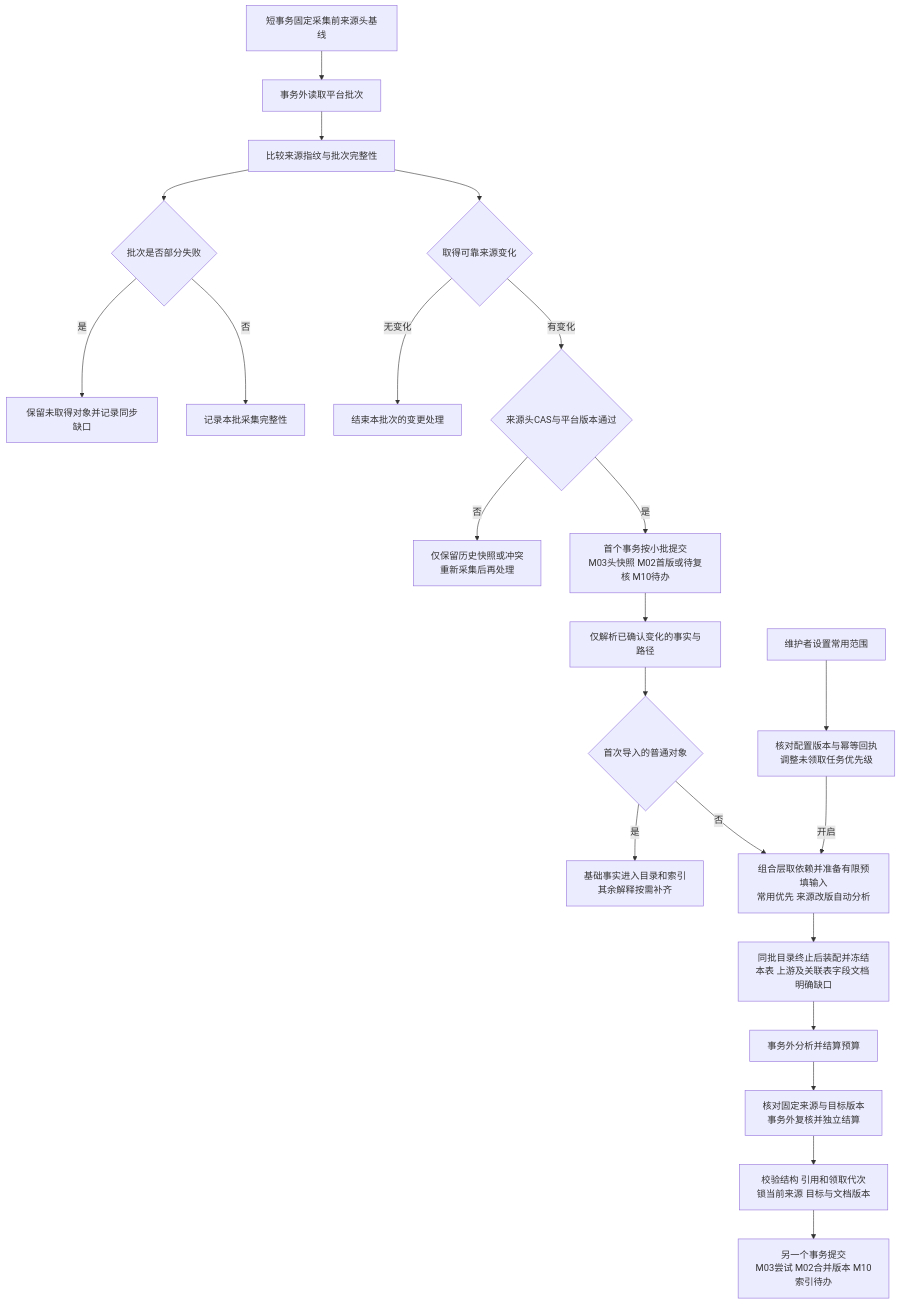
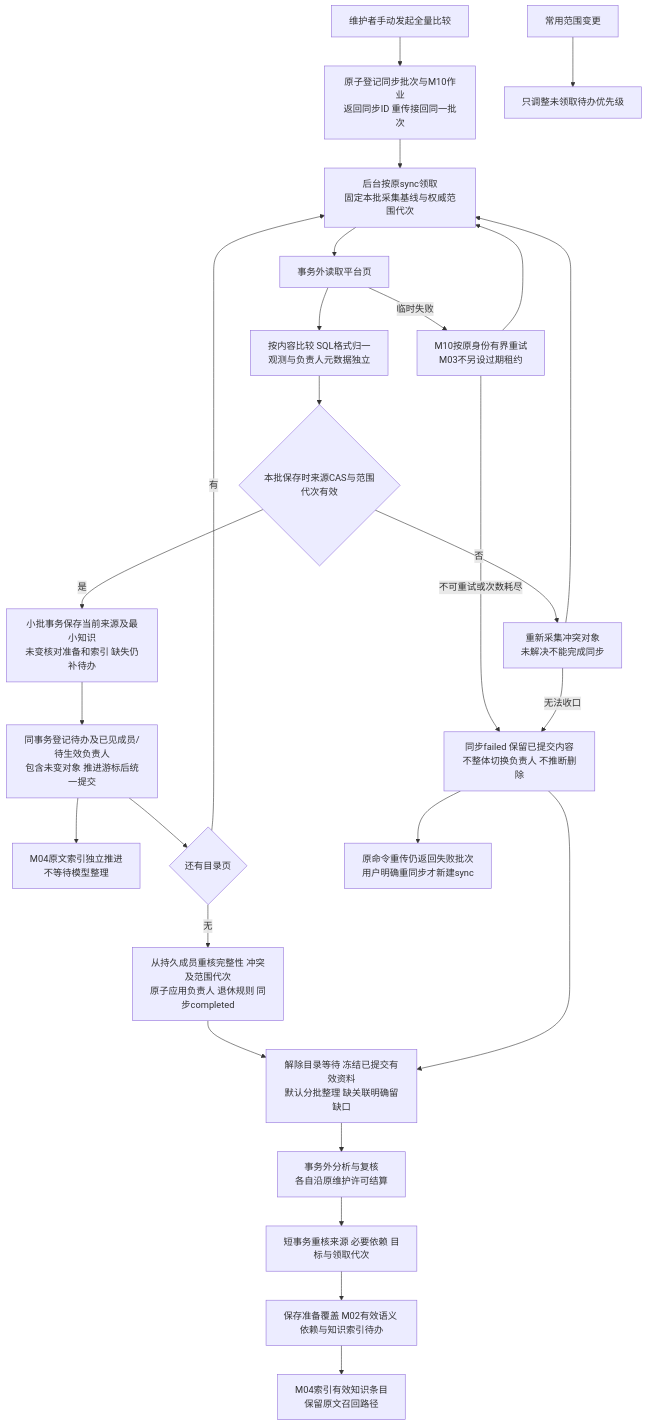
The sixth of 11 diagrams in docs/architecture/knowledge-modules.md (yaoziyaoguai/data_agent), drawn with Mermaid before and after one commit. The commit also changed other lines of this file and 55 other files, not shown here.

````diff
--- a/docs/architecture/knowledge-modules.md
+++ b/docs/architecture/knowledge-modules.md
@@ -302,24 +311,27 @@
 ```mermaid
 flowchart TD
-    R[短事务固定采集前来源头基线] --> A[事务外读取平台批次]
-    A --> B[比较来源指纹与批次完整性]
-    B --> C{取得可靠来源变化}
-    B --> D{批次是否部分失败}
-    D -->|是| X[保留未取得对象并记录同步缺口]
-    D -->|否| Y[记录本批采集完整性]
-    C -->|无变化| Z[结束本批次的变更处理]
-    C -->|有变化| V{来源头CAS与平台版本通过}
-    V -->|否| W[仅保留历史快照或冲突<br/>重新采集后再处理]
-    V -->|是| T[首个事务按小批提交<br/>M03头快照 M02首版或待复核 M10待办]
-    T --> E[仅解析已确认变化的事实与路径]
-    E --> First{首次导入的普通对象}
-    First -->|是| Basic[基础事实进入目录和索引<br/>其余解释按需补齐]
-    First -->|否| F[组合层取依赖并准备有限预填输入<br/>常用优先 来源改版自动分析]
-    Preference[维护者设置常用范围] --> Priority[核对配置版本与幂等回执<br/>调整未领取任务优先级]
-    Priority -->|开启| F
-    F --> Material[同批目录终止后装配并冻结<br/>本表 上游及关联表字段文档 明确缺口]
-    Material --> G[事务外分析并结算预算]
-    G --> Review[核对固定来源与目标版本<br/>事务外复核并独立结算]
-    Review --> H[校验结构 引用和领取代次<br/>锁当前来源 目标与文档版本]
-    H --> I[另一个事务提交<br/>M03尝试 M02合并版本 M10索引待办]
+    Start[维护者手动发起全量比较] --> Queued[原子登记同步批次与M10作业<br/>返回同步ID 重传接回同一批次]
+    Queued --> R[后台按原sync领取<br/>固定本批采集基线与权威范围代次]
+    R --> A[事务外读取平台页]
+    A -->|临时失败| Retry[M10按原身份有界重试<br/>M03不另设过期租约]
+    Retry --> R
+    A --> B[按内容比较 SQL格式归一<br/>观测与负责人元数据独立]
+    B --> C{本批保存时来源CAS与范围代次有效}
+    C -->|否| Conflict[重新采集冲突对象<br/>未解决不能完成同步]
+    Conflict --> R
+    C -->|是| Save[小批事务保存当前来源及最小知识<br/>未变核对准备和索引 缺失仍补待办]
+    Save --> Jobs[同事务登记待办及已见成员/待生效负责人<br/>包含未变对象 推进游标后统一提交]
+    Jobs --> Raw[M04原文索引独立推进<br/>不等待模型整理]
+    Jobs --> More{还有目录页}
+    More -->|有| R
+    More -->|无| Finish[从持久成员重核完整性 冲突及范围代次<br/>原子应用负责人 退休规则 同步completed]
+    Retry -->|不可重试或次数耗尽| Failed[同步failed 保留已提交内容<br/>不整体切换负责人 不推断删除]
+    Conflict -->|无法收口| Failed
+    Failed --> New[原命令重传仍返回失败批次<br/>用户明确重同步才新建sync]
+    Finish & Failed --> Material[解除目录等待 冻结已提交有效资料<br/>默认分批整理 缺关联明确留缺口]
+    Material --> G[事务外分析与复核<br/>各自沿原维护许可结算]
+    G --> Check[短事务重核来源 必要依赖 目标与领取代次]
+    Check --> Apply[保存准备覆盖 M02有效语义 依赖与知识索引待办]
+    Apply --> Index[M04索引有效知识条目<br/>保留原文召回路径]
+    Preference[常用范围变更] --> Priority[只调整未领取待办优先级]
 ```
````
